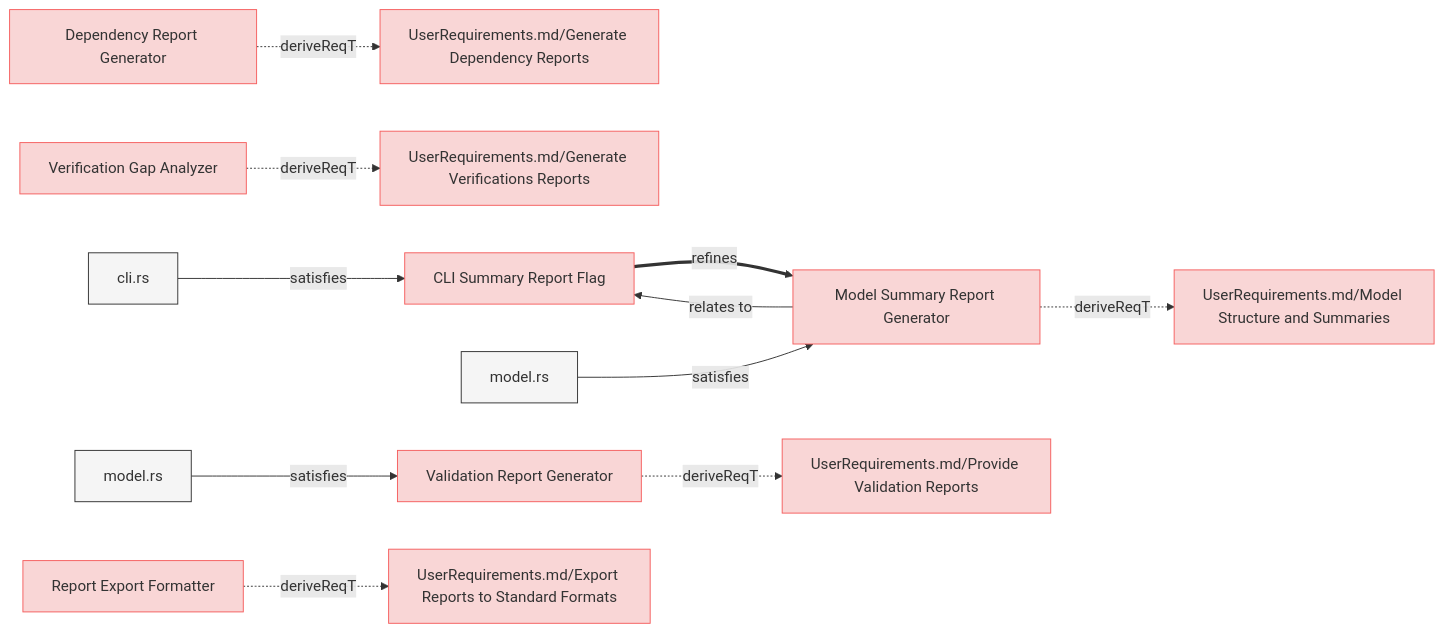
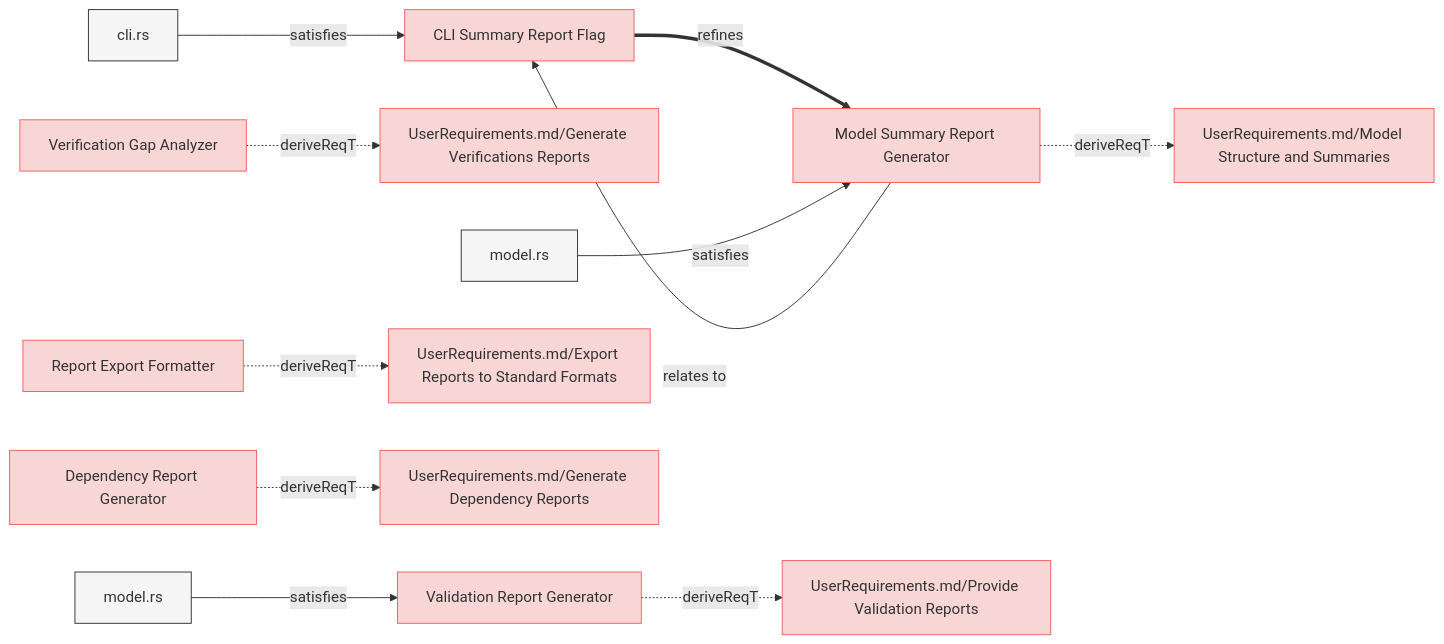
The eighth of 8 diagrams in specifications/SystemRequirements/Requirements.md (reqvire-org/reqvire), drawn with Mermaid before and after one commit. The commit also changed other lines of this file and 8 other files, not shown here.

Commit message:
DIagrams Update.

````diff
--- a/specifications/SystemRequirements/Requirements.md
+++ b/specifications/SystemRequirements/Requirements.md
@@ -1007,61 +1007,61 @@
 ```mermaid
 graph LR;
   %% Graph styling
   classDef requirement fill:#f9d6d6,stroke:#f55f5f,stroke-width:1px;
   classDef verification fill:#d6f9d6,stroke:#5fd75f,stroke-width:1px;
   classDef externalLink fill:#d0e0ff,stroke:#3080ff,stroke-width:1px;
   classDef default fill:#f5f5f5,stroke:#333333,stroke-width:1px;
 
-  57cbef16c5["Dependency Report Generator"];
-  click 57cbef16c5 "Requirements.md#dependency-report-generator";
-  class 57cbef16c5 requirement;
-  812d42f453["UserRequirements.md/Generate Dependency Reports"];
-  class 812d42f453 requirement;
-  click 812d42f453 "../UserRequirements.md#generate-dependency-reports";
-  57cbef16c5 -.->|deriveReqT| 812d42f453;
-  d842bc0e30["Verification Gap Analyzer"];
-  click d842bc0e30 "Requirements.md#verification-gap-analyzer";
-  class d842bc0e30 requirement;
-  d0e9e8d143["UserRequirements.md/Generate Verifications Reports"];
-  class d0e9e8d143 requirement;
-  click d0e9e8d143 "../UserRequirements.md#generate-verifications-reports";
-  d842bc0e30 -.->|deriveReqT| d0e9e8d143;
   6f86272134["CLI Summary Report Flag"];
   click 6f86272134 "Requirements.md#cli-summary-report-flag";
   class 6f86272134 requirement;
   cccd4e46e2["Model Summary Report Generator"];
   class cccd4e46e2 requirement;
   click cccd4e46e2 "Requirements.md#model-summary-report-generator";
   6f86272134 ==>|refines| cccd4e46e2;
   11ffc4632a["cli.rs"];
   class 11ffc4632a default;
   click 11ffc4632a "../../cli/src/cli.rs";
   11ffc4632a -->|satisfies| 6f86272134;
-  b342220e0d["UserRequirements.md/Model Structure and Summaries"];
-  class b342220e0d requirement;
-  click b342220e0d "../UserRequirements.md#model-structure-and-summaries";
-  cccd4e46e2 -.->|deriveReqT| b342220e0d;
-  6292255058["model.rs"];
-  class 6292255058 default;
-  click 6292255058 "../../core/src/reports.rs";
-  6292255058 -->|satisfies| cccd4e46e2;
-  cccd4e46e2 -->|relates to| 6f86272134;
+  d842bc0e30["Verification Gap Analyzer"];
+  click d842bc0e30 "Requirements.md#verification-gap-analyzer";
+  class d842bc0e30 requirement;
+  d0e9e8d143["UserRequirements.md/Generate Verifications Reports"];
+  class d0e9e8d143 requirement;
+  click d0e9e8d143 "../UserRequirements.md#generate-verifications-reports";
+  d842bc0e30 -.->|deriveReqT| d0e9e8d143;
   143766be8c["Validation Report Generator"];
   click 143766be8c "Requirements.md#validation-report-generator";
   class 143766be8c requirement;
   482c757913["UserRequirements.md/Provide Validation Reports"];
   class 482c757913 requirement;
   click 482c757913 "../UserRequirements.md#provide-validation-reports";
   143766be8c -.->|deriveReqT| 482c757913;
   6136c216c9["model.rs"];
   class 6136c216c9 default;
   click 6136c216c9 "../../core/src/model.rs";
   6136c216c9 -->|satisfies| 143766be8c;
   2ccb7e5510["Report Export Formatter"];
   click 2ccb7e5510 "Requirements.md#report-export-formatter";
   class 2ccb7e5510 requirement;
   2afa7f3a20["UserRequirements.md/Export Reports to Standard Formats"];
   class 2afa7f3a20 requirement;
   click 2afa7f3a20 "../UserRequirements.md#export-reports-to-standard-formats";
   2ccb7e5510 -.->|deriveReqT| 2afa7f3a20;
+  57cbef16c5["Dependency Report Generator"];
+  click 57cbef16c5 "Requirements.md#dependency-report-generator";
+  class 57cbef16c5 requirement;
+  812d42f453["UserRequirements.md/Generate Dependency Reports"];
+  class 812d42f453 requirement;
+  click 812d42f453 "../UserRequirements.md#generate-dependency-reports";
+  57cbef16c5 -.->|deriveReqT| 812d42f453;
+  b342220e0d["UserRequirements.md/Model Structure and Summaries"];
+  class b342220e0d requirement;
+  click b342220e0d "../UserRequirements.md#model-structure-and-summaries";
+  cccd4e46e2 -.->|deriveReqT| b342220e0d;
+  6292255058["model.rs"];
+  class 6292255058 default;
+  click 6292255058 "../../core/src/reports.rs";
+  6292255058 -->|satisfies| cccd4e46e2;
+  cccd4e46e2 -->|relates to| 6f86272134;
 ```
````
